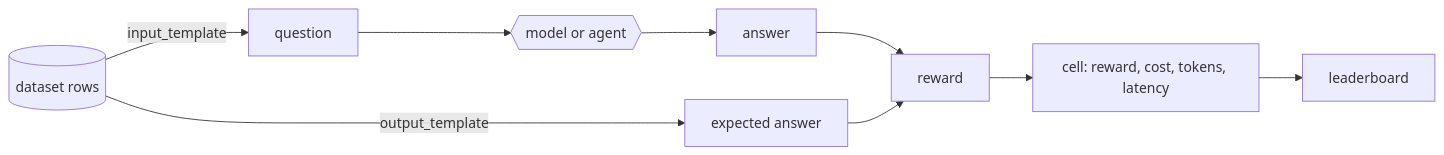
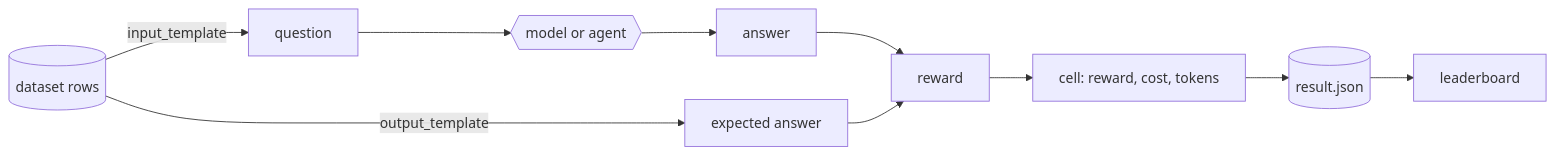
The second of 3 diagrams in docs/introduction.md (Atena-IT/open-arena), drawn with Mermaid before and after one commit. The commit also changed other lines of this file and 19 other files, not shown here.

````diff
--- a/docs/introduction.md
+++ b/docs/introduction.md
@@ -25,11 +166,12 @@
 ```mermaid
 flowchart LR
   rows[(dataset rows)] -->|input_template| q[question]
   rows -->|output_template| ref[expected answer]
   q --> m{{model or agent}}
   m --> a[answer]
   a --> r[reward]
   ref --> r
-  r --> cell[cell: reward, cost, tokens, latency]
-  cell --> board[leaderboard]
+  r --> cell[cell: reward, cost, tokens]
+  cell --> res[(result.json)]
+  res --> board[leaderboard]
 ```
````
